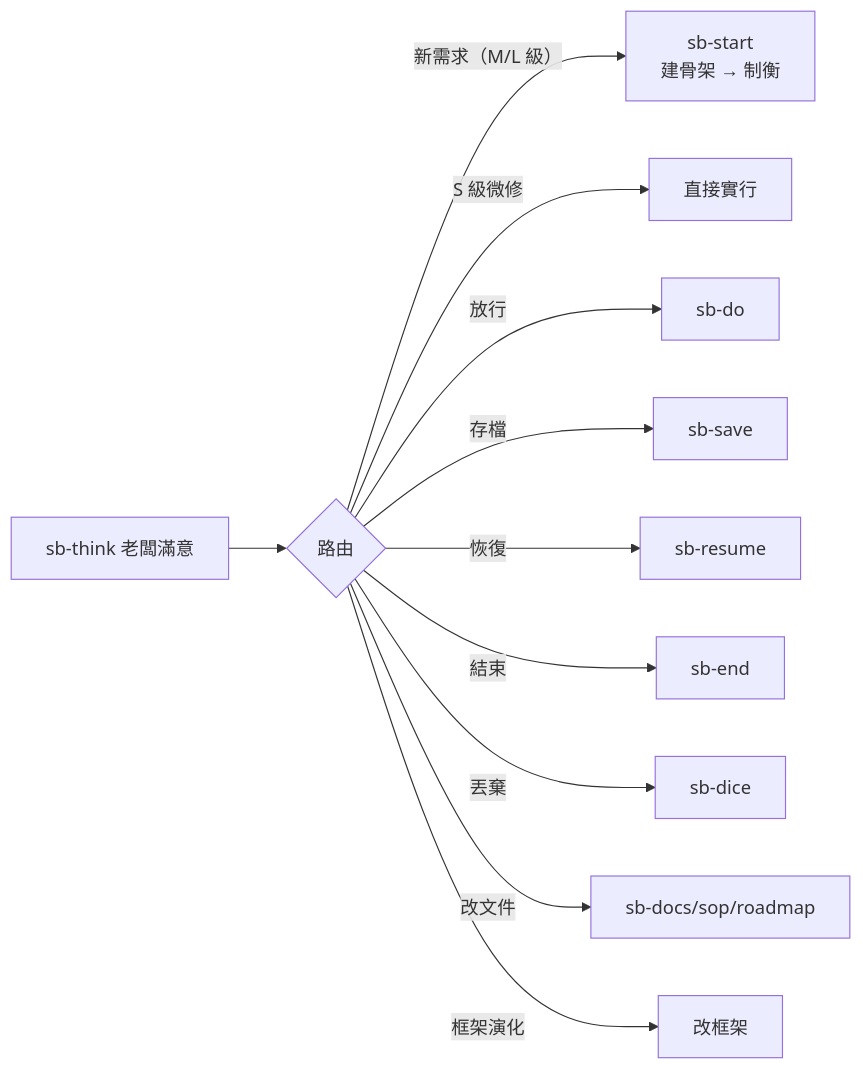
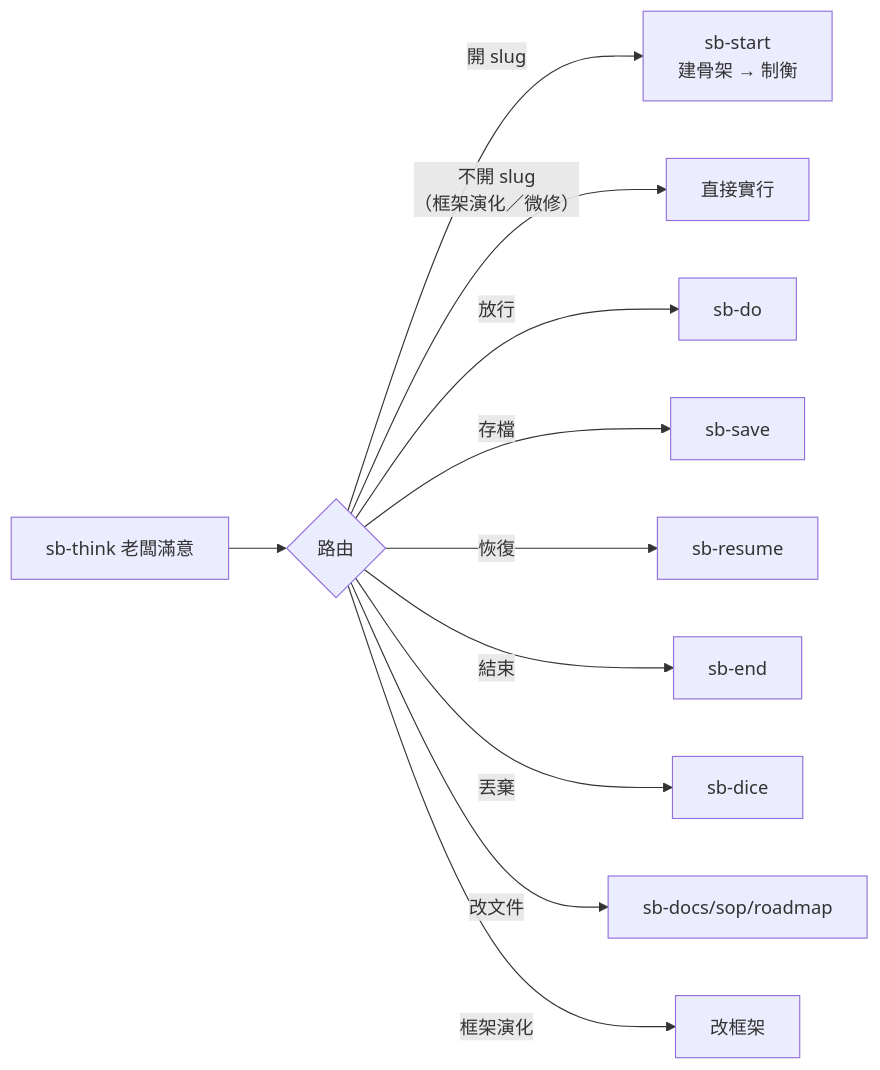
One commit to teps3105/shiftblame changed the fourth of 4 diagrams in skills/sb-think/SKILL.md. Above: the diagram before and after it, drawn with Mermaid. The commit also changed other lines of this file and 7 other files, not shown here.

````diff
--- a/skills/sb-think/SKILL.md
+++ b/skills/sb-think/SKILL.md
@@ -93,13 +93,13 @@
 ```mermaid
 flowchart LR
     T["sb-think 老闆滿意"] --> R{"路由"}
-    R -- "新需求（M/L 級）" --> S["sb-start<br/>建骨架 → 制衡"]
-    R -- "S 級微修" --> D7["直接實行"]
+    R -- "開 slug" --> S["sb-start<br/>建骨架 → 制衡"]
+    R -- "不開 slug<br/>（框架演化／微修）" --> D7["直接實行"]
     R -- 放行 --> D1["sb-do"]
     R -- 存檔 --> D2["sb-save"]
     R -- 恢復 --> D3["sb-resume"]
     R -- 結束 --> D4["sb-end"]
     R -- 丟棄 --> D5["sb-dice"]
     R -- 改文件 --> D6["sb-docs/sop/roadmap"]
     R -- 框架演化 --> D8["改框架"]
 ```
````
